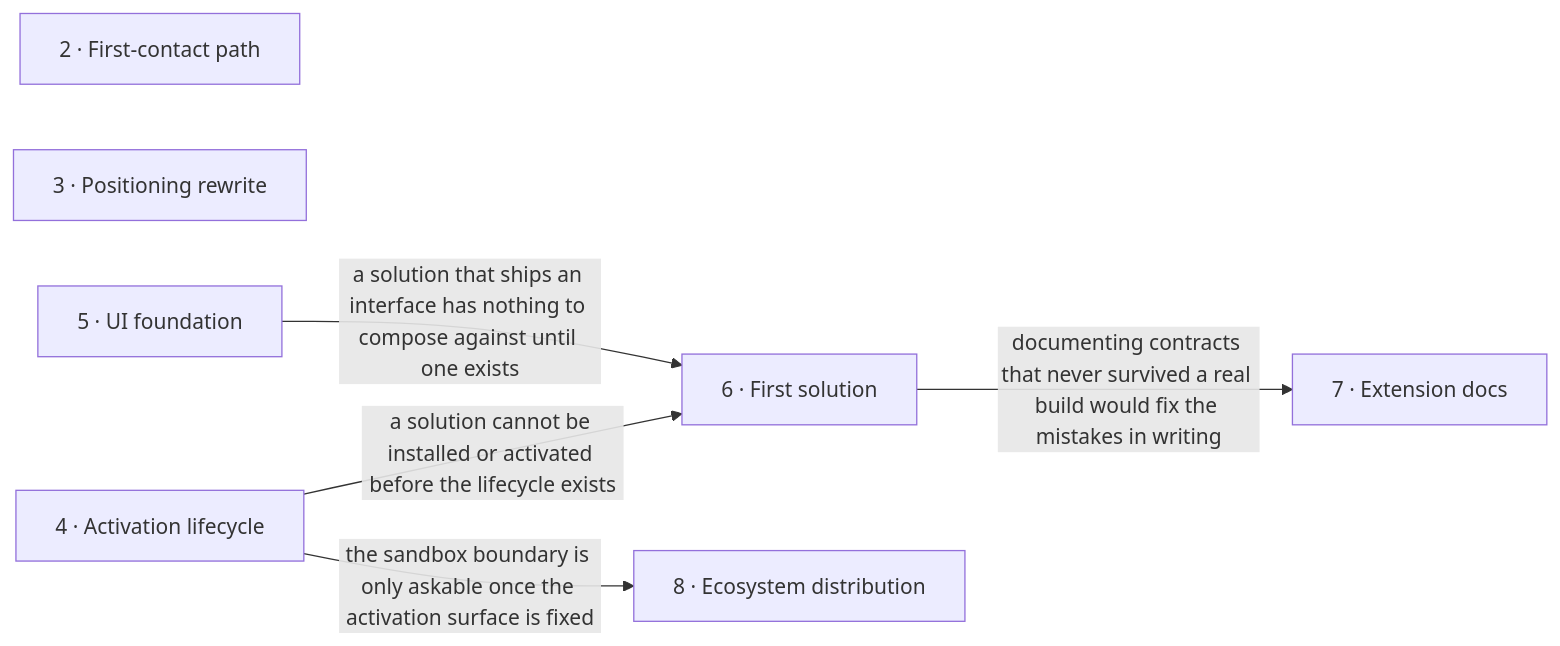
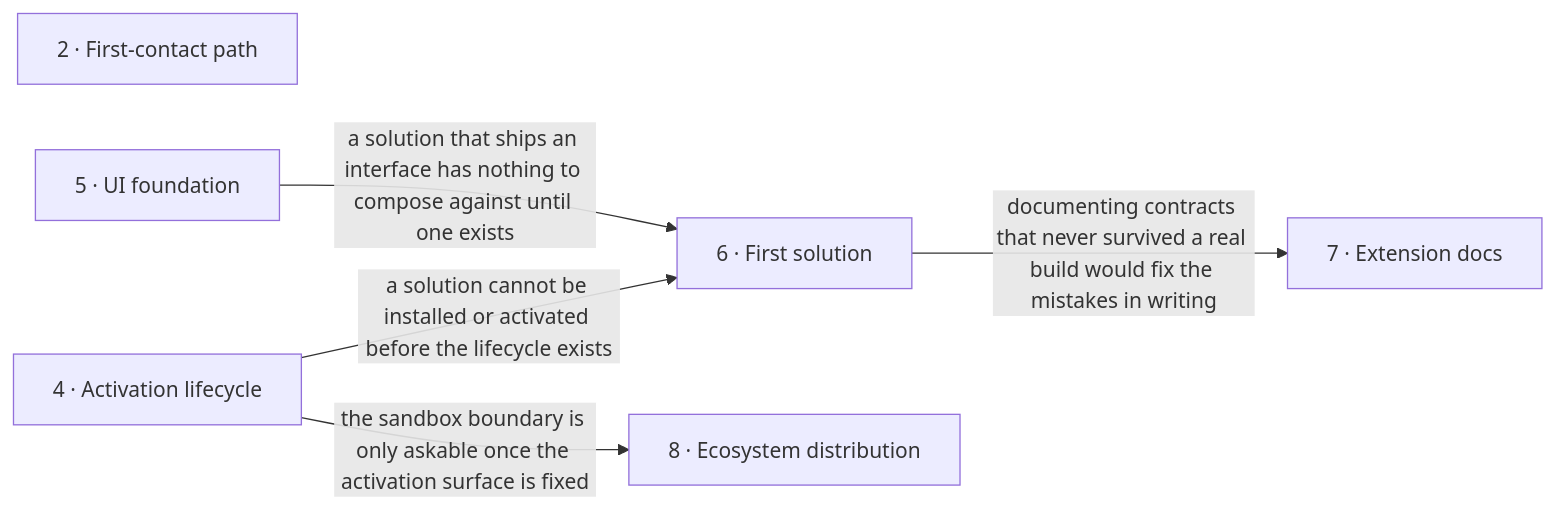
The diagram in docs/roadmap.md (fapost-lab/core), drawn with Mermaid before and after one commit. The commit also changed other lines of this file and 256 other files, not shown here.

````diff
--- a/docs/roadmap.md
+++ b/docs/roadmap.md
@@ -74,14 +97,13 @@
 ```mermaid
 flowchart LR
   s2["2 · First-contact path"]
-  s3["3 · Positioning rewrite"]
   s4["4 · Activation lifecycle"]
   s5["5 · UI foundation"]
   s6["6 · First solution"]
   s7["7 · Extension docs"]
   s8["8 · Ecosystem distribution"]
   s4 -->|"a solution cannot be installed or activated before the lifecycle exists"| s6
   s5 -->|"a solution that ships an interface has nothing to compose against until one exists"| s6
   s6 -->|"documenting contracts that never survived a real build would fix the mistakes in writing"| s7
   s4 -->|"the sandbox boundary is only askable once the activation surface is fixed"| s8
 ```
````
